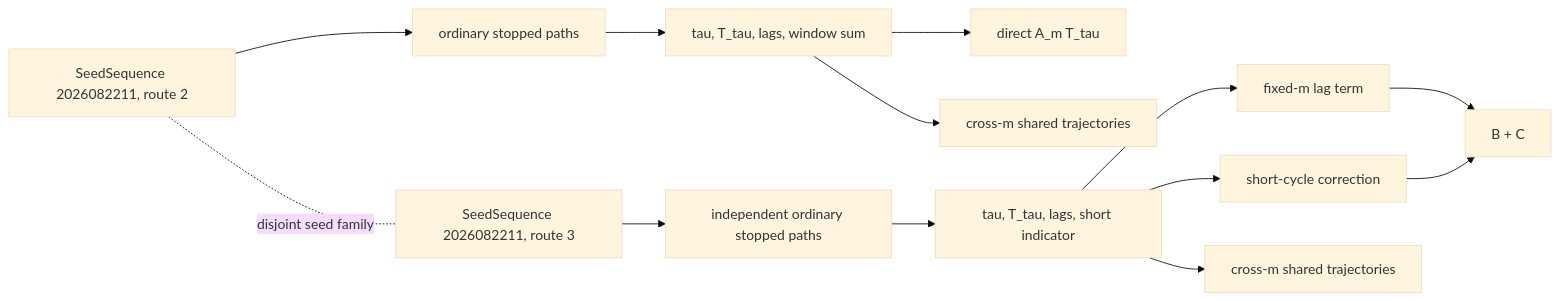
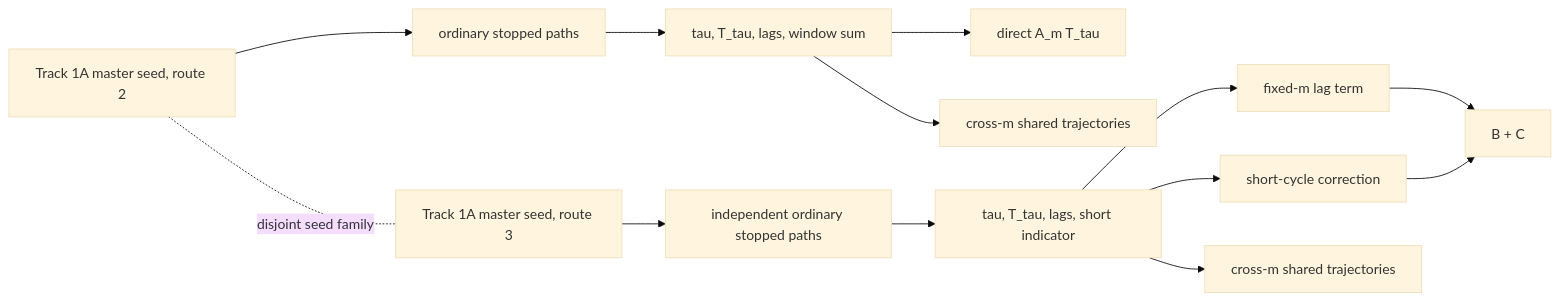
The diagram in level4/closure_proofs/m_gt_1_track1b/COVARIANCE_AUDIT.md (flaggielover/ReBaseGuard), drawn with Mermaid (base theme) before and after one commit. The commit also changed other lines of this file and 4 other files, not shown here.

````diff
--- a/level4/closure_proofs/m_gt_1_track1b/COVARIANCE_AUDIT.md
+++ b/level4/closure_proofs/m_gt_1_track1b/COVARIANCE_AUDIT.md
@@ -27,17 +27,17 @@
 ```mermaid
 flowchart LR
-  S2[SeedSequence 2026082211, route 2] --> P2[ordinary stopped paths]
+  S2[Track 1A master seed, route 2] --> P2[ordinary stopped paths]
   P2 --> T2[tau, T_tau, lags, window sum]
   T2 --> X[direct A_m T_tau]
   T2 --> XM[cross-m shared trajectories]
 
-  S3[SeedSequence 2026082211, route 3] --> P3[independent ordinary stopped paths]
+  S3[Track 1A master seed, route 3] --> P3[independent ordinary stopped paths]
   P3 --> T3[tau, T_tau, lags, short indicator]
   T3 --> B[fixed-m lag term]
   T3 --> C[short-cycle correction]
   B --> Y[B + C]
   C --> Y
   T3 --> YM[cross-m shared trajectories]
 
   S2 -. disjoint seed family .- S3
 ```
````
